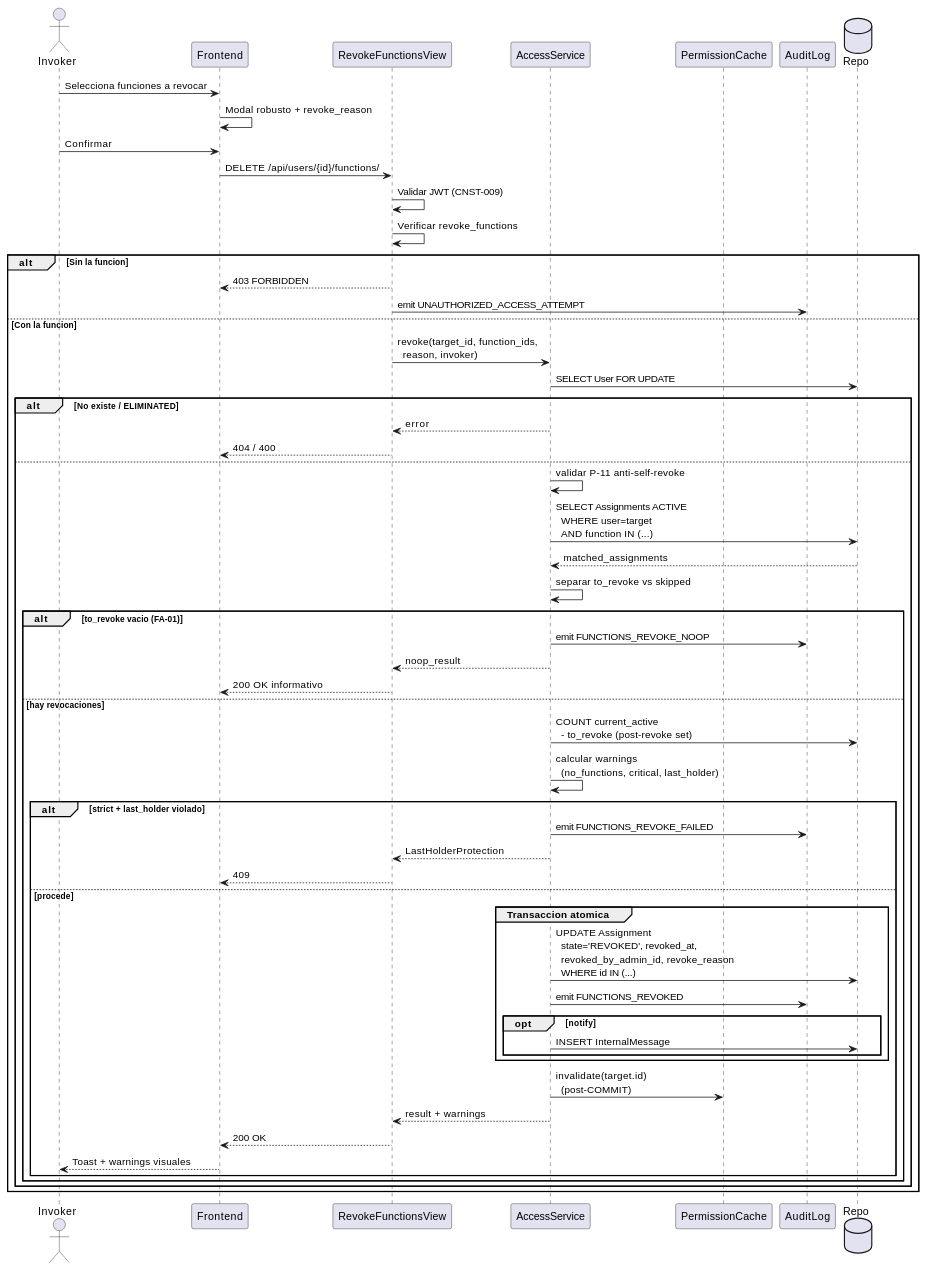
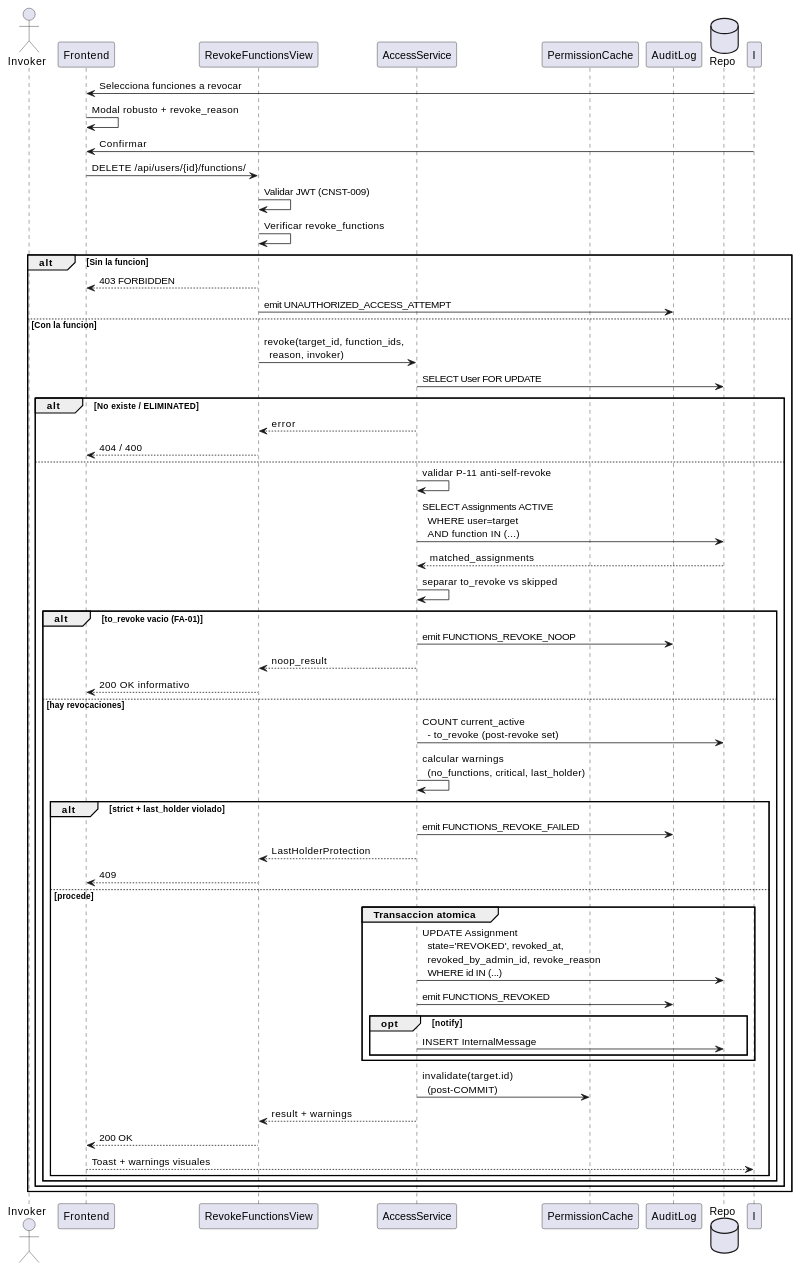
The second of 4 diagrams in source/requisitos/casos-uso/access/uc-acc-02/diagramas-uml.rst (jcg-admin/IACT-docs), drawn with PlantUML before and after one commit. The commit also changed other lines of this file and 79 other files, not shown here.

First line of the commit message:
Sweep cryptic aliases in UC diagramas-uml files

```diff
--- a/source/requisitos/casos-uso/access/uc-acc-02/diagramas-uml.rst
+++ b/source/requisitos/casos-uso/access/uc-acc-02/diagramas-uml.rst
@@ -59,64 +59,64 @@
 .. uml::
  :caption: UC_ACC_02 — flujo principal
 
  @startuml
 
- actor Invoker as I
- participant "Frontend" as FE
- participant "RevokeFunctionsView" as RV
- participant "AccessService" as AS
- participant "PermissionCache" as PC
- participant "AuditLog" as AL
- database "Repo" as DB
+ actor Invoker as Invoker
+ participant "Frontend" as Frontend
+ participant "RevokeFunctionsView" as Revokefunctionsview
+ participant "AccessService" as Accessservice
+ participant "PermissionCache" as Permissioncache
+ participant "AuditLog" as Auditlog
+ database "Repo" as Repo
 
- I -> FE: Selecciona funciones a revocar
- FE -> FE: Modal robusto + revoke_reason
- I -> FE: Confirmar
- FE -> RV: DELETE /api/users/{id}/functions/
+ I -> Frontend: Selecciona funciones a revocar
+ Frontend -> Frontend: Modal robusto + revoke_reason
+ I -> Frontend: Confirmar
+ Frontend -> Revokefunctionsview: DELETE /api/users/{id}/functions/
 
- RV -> RV: Validar JWT (CNST-009)
- RV -> RV: Verificar revoke_functions
+ Revokefunctionsview -> Revokefunctionsview: Validar JWT (CNST-009)
+ Revokefunctionsview -> Revokefunctionsview: Verificar revoke_functions
  alt Sin la funcion
-   RV --> FE: 403 FORBIDDEN
-   RV -> AL: emit UNAUTHORIZED_ACCESS_ATTEMPT
+   Revokefunctionsview --> Frontend: 403 FORBIDDEN
+   Revokefunctionsview -> Auditlog: emit UNAUTHORIZED_ACCESS_ATTEMPT
  else Con la funcion
-   RV -> AS: revoke(target_id, function_ids,\n  reason, invoker)
+   Revokefunctionsview -> Accessservice: revoke(target_id, function_ids,\n  reason, invoker)
 
-   AS -> DB: SELECT User FOR UPDATE
+   Accessservice -> Repo: SELECT User FOR UPDATE
    alt No existe / ELIMINATED
-     AS --> RV: error
-     RV --> FE: 404 / 400
+     Accessservice --> Revokefunctionsview: error
+     Revokefunctionsview --> Frontend: 404 / 400
    else
-     AS -> AS: validar P-11 anti-self-revoke
-     AS -> DB: SELECT Assignments ACTIVE\n  WHERE user=target\n  AND function IN (...)
-     DB --> AS: matched_assignments
-     AS -> AS: separar to_revoke vs skipped
+     Accessservice -> Accessservice: validar P-11 anti-self-revoke
+     Accessservice -> Repo: SELECT Assignments ACTIVE\n  WHERE user=target\n  AND function IN (...)
+     Repo --> Accessservice: matched_assignments
+     Accessservice -> Accessservice: separar to_revoke vs skipped
      alt to_revoke vacio (FA-01)
-       AS -> AL: emit FUNCTIONS_REVOKE_NOOP
-       AS --> RV: noop_result
-       RV --> FE: 200 OK informativo
+       Accessservice -> Auditlog: emit FUNCTIONS_REVOKE_NOOP
+       Accessservice --> Revokefunctionsview: noop_result
+       Revokefunctionsview --> Frontend: 200 OK informativo
      else hay revocaciones
-       AS -> DB: COUNT current_active\n  - to_revoke (post-revoke set)
-       AS -> AS: calcular warnings\n  (no_functions, critical, last_holder)
+       Accessservice -> Repo: COUNT current_active\n  - to_revoke (post-revoke set)
+       Accessservice -> Accessservice: calcular warnings\n  (no_functions, critical, last_holder)
        alt strict + last_holder violado
-         AS -> AL: emit FUNCTIONS_REVOKE_FAILED
-         AS --> RV: LastHolderProtection
-         RV --> FE: 409
+         Accessservice -> Auditlog: emit FUNCTIONS_REVOKE_FAILED
+         Accessservice --> Revokefunctionsview: LastHolderProtection
+         Revokefunctionsview --> Frontend: 409
        else procede
          group Transaccion atomica
-           AS -> DB: UPDATE Assignment\n  state='REVOKED', revoked_at,\n  revoked_by_admin_id, revoke_reason\n  WHERE id IN (...)
-           AS -> AL: emit FUNCTIONS_REVOKED
+           Accessservice -> Repo: UPDATE Assignment\n  state='REVOKED', revoked_at,\n  revoked_by_admin_id, revoke_reason\n  WHERE id IN (...)
+           Accessservice -> Auditlog: emit FUNCTIONS_REVOKED
            opt notify
-             AS -> DB: INSERT InternalMessage
+             Accessservice -> Repo: INSERT InternalMessage
            end
          end
-         AS -> PC: invalidate(target.id)\n  (post-COMMIT)
-         AS --> RV: result + warnings
-         RV --> FE: 200 OK
-         FE --> I: Toast + warnings visuales
+         Accessservice -> Permissioncache: invalidate(target.id)\n  (post-COMMIT)
+         Accessservice --> Revokefunctionsview: result + warnings
+         Revokefunctionsview --> Frontend: 200 OK
+         Frontend --> I: Toast + warnings visuales
        end
      end
    end
  end
 
  @enduml
```
